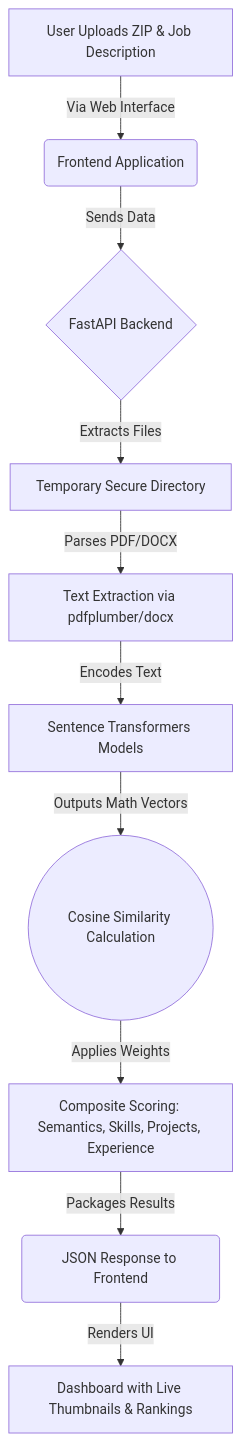
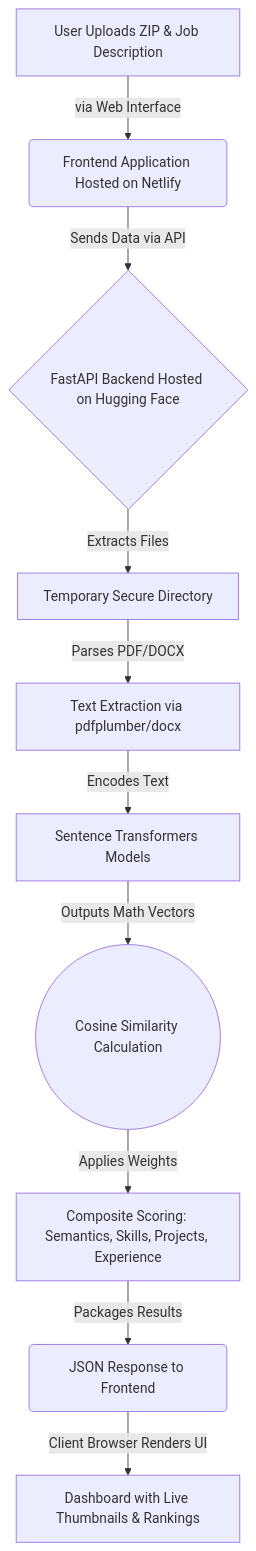
Before and after one commit to Esha034/AI-Powered-Resume-Screening-and-Candidate-Ranking-System-for-Recruiters: the diagram in README.md, drawn with Mermaid. The commit also changed other lines of this file, not shown here.

Commit message:
docs: Update README with deployment info and workflow graph

````diff
--- a/README.md
+++ b/README.md
@@ -37,12 +45,12 @@
 ```mermaid
 flowchart TD
-    A[User Uploads ZIP & Job Description] -->|Via Web Interface| B(Frontend Application)
-    B -->|Sends Data| C{FastAPI Backend}
+    A[User Uploads ZIP & Job Description] -->|via Web Interface| B(Frontend Application Hosted on Netlify)
+    B -->|Sends Data via API| C{FastAPI Backend Hosted on Hugging Face}
     C -->|Extracts Files| D[Temporary Secure Directory]
     D -->|Parses PDF/DOCX| E[Text Extraction via pdfplumber/docx]
     E -->|Encodes Text| F[Sentence Transformers Models]
     F -->|Outputs Math Vectors| G((Cosine Similarity Calculation))
     G -->|Applies Weights| H[Composite Scoring: Semantics, Skills, Projects, Experience]
     H -->|Packages Results| I(JSON Response to Frontend)
-    I -->|Renders UI| J[Dashboard with Live Thumbnails & Rankings]
+    I -->|Client Browser Renders UI| J[Dashboard with Live Thumbnails & Rankings]
 ```
````
